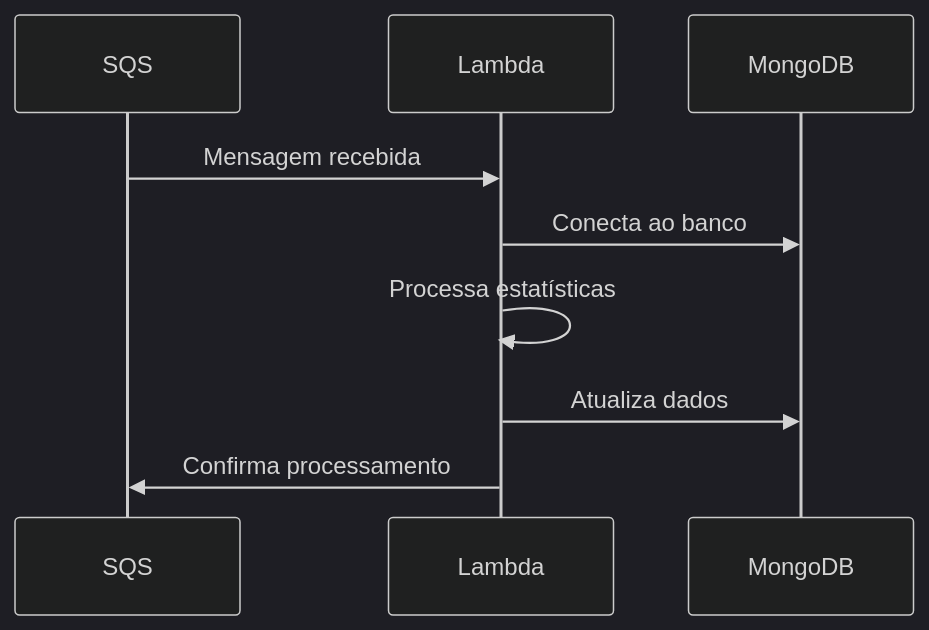
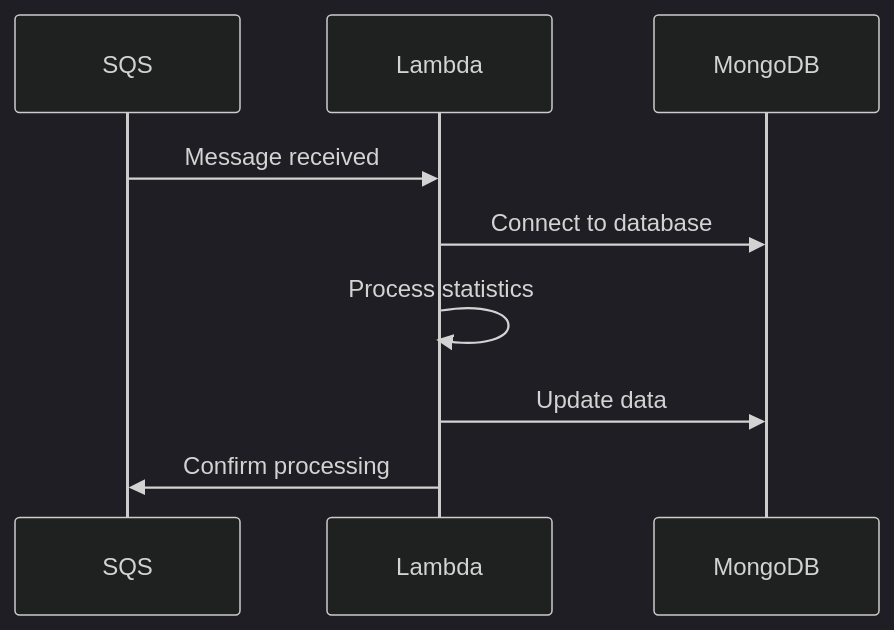
One commit to marcosmoraes/craque-league-create-teams-worker changed the diagram in docs/01-architecture.md. Above: the diagram before and after it, drawn with Mermaid (dark theme). The commit also changed other lines of this file and 7 other files, not shown here.

````diff
--- a/docs/01-architecture.md
+++ b/docs/01-architecture.md
@@ -46,8 +46,8 @@
 ```mermaid
 sequenceDiagram
-    SQS->>Lambda: Mensagem recebida
-    Lambda->>MongoDB: Conecta ao banco
-    Lambda->>Lambda: Processa estatísticas
-    Lambda->>MongoDB: Atualiza dados
-    Lambda->>SQS: Confirma processamento
+    SQS->>Lambda: Message received
+    Lambda->>MongoDB: Connect to database
+    Lambda->>Lambda: Process statistics
+    Lambda->>MongoDB: Update data
+    Lambda->>SQS: Confirm processing
 ```
````
